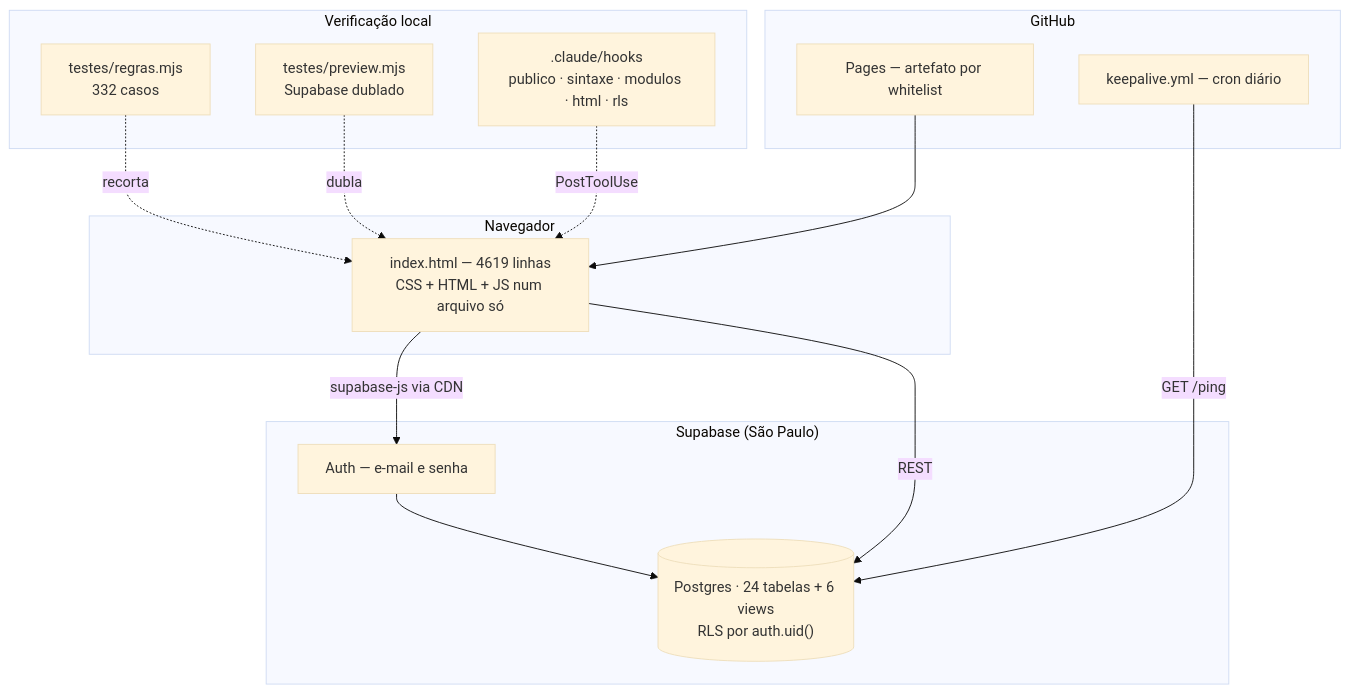
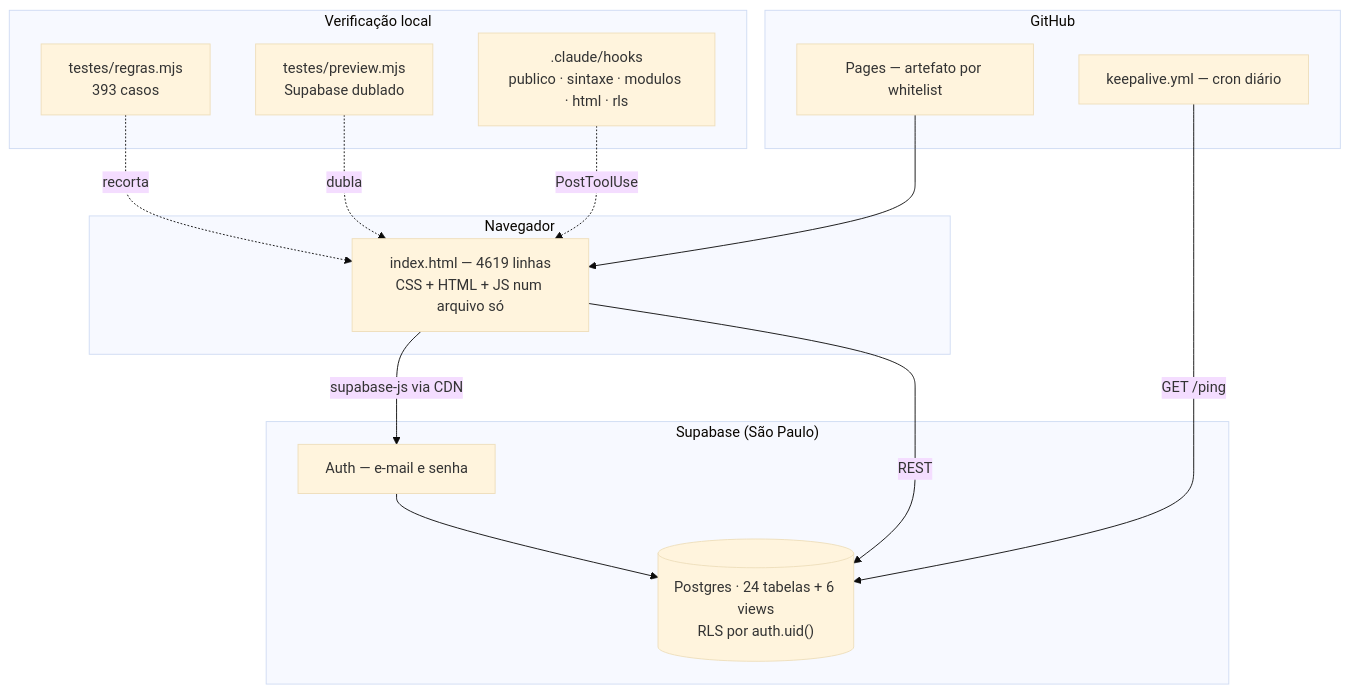
One commit to oxeramon/lagrimas-do-clt changed the first of 2 diagrams in docs/CODEBASE_MAP.md. Above: the diagram before and after it, drawn with Mermaid (base theme). The commit also changed other lines of this file and 7 other files, not shown here.

````diff
--- a/docs/CODEBASE_MAP.md
+++ b/docs/CODEBASE_MAP.md
@@ -19,27 +19,27 @@
 ```mermaid
 graph TB
     subgraph Navegador
         HTML["index.html — 4619 linhas<br/>CSS + HTML + JS num arquivo só"]
     end
     subgraph "Supabase (São Paulo)"
         Auth["Auth — e-mail e senha"]
         PG[("Postgres · 24 tabelas + 6 views<br/>RLS por auth.uid()")]
     end
     subgraph GitHub
         Pages["Pages — artefato por whitelist"]
         Cron["keepalive.yml — cron diário"]
     end
     subgraph "Verificação local"
-        Regras["testes/regras.mjs<br/>332 casos"]
+        Regras["testes/regras.mjs<br/>393 casos"]
         Preview["testes/preview.mjs<br/>Supabase dublado"]
         Hooks[".claude/hooks<br/>publico · sintaxe · modulos · html · rls"]
     end
     HTML -->|supabase-js via CDN| Auth
     HTML -->|REST| PG
     Auth --> PG
     Pages --> HTML
     Cron -->|GET /ping| PG
     Regras -.recorta.-> HTML
     Preview -.dubla.-> HTML
     Hooks -.PostToolUse.-> HTML
 ```
````
